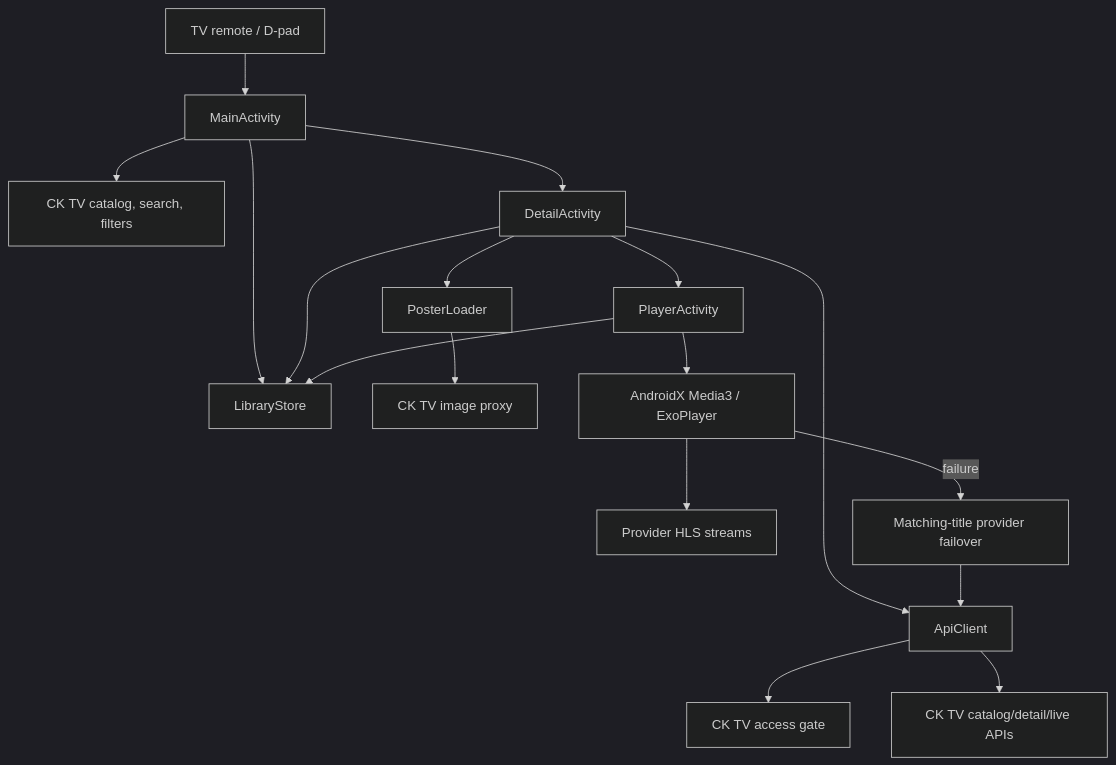
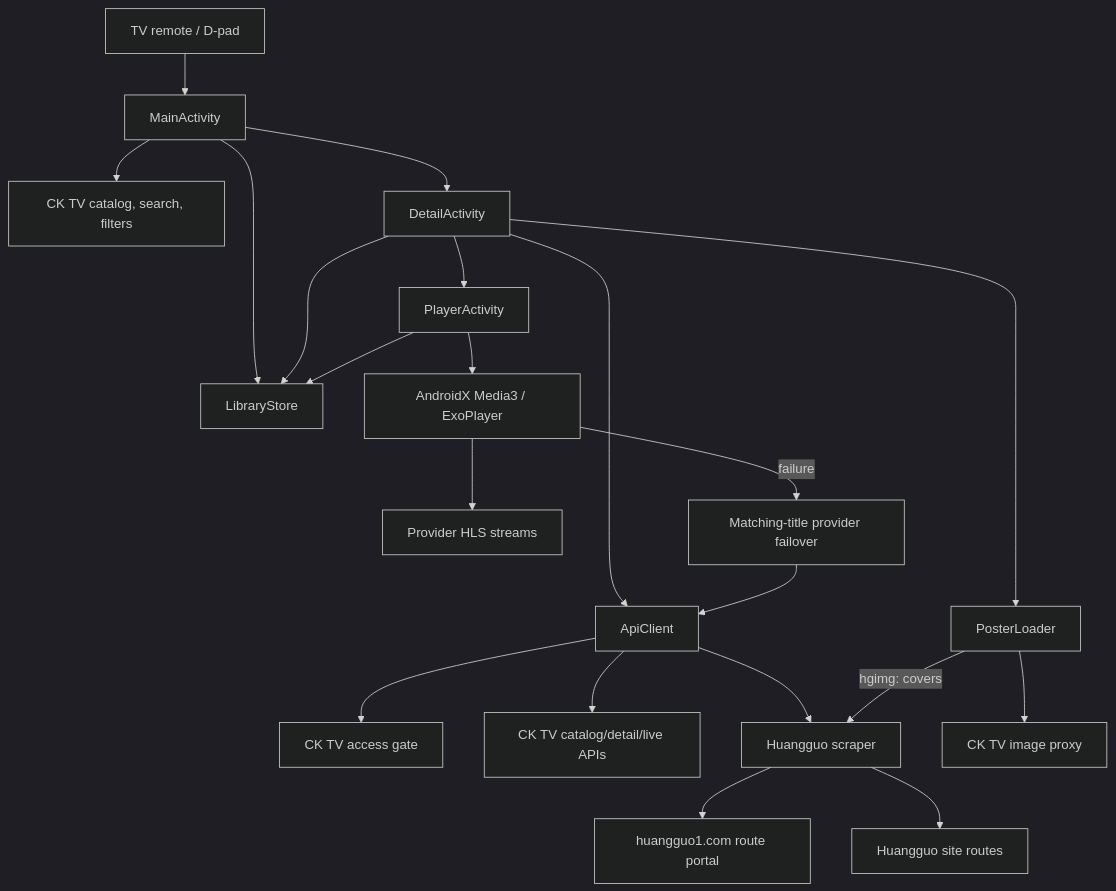
One commit to ethereald/cktv-app changed the first of 3 diagrams in README.md. Above: the diagram before and after it, drawn with Mermaid (dark theme). The commit also changed other lines of this file and 11 other files, not shown here.

Commit message:
Rewrite AI黃果 with direct scraping and portal route discovery (v2.4.0)

````diff
--- a/README.md
+++ b/README.md
@@ -39,19 +40,23 @@
 ```mermaid
 flowchart TD
     Remote[TV remote / D-pad] --> Main[MainActivity]
     Main --> Catalog[CK TV catalog, search, filters]
     Main --> Local[LibraryStore]
     Main --> Detail[DetailActivity]
     Detail --> Api[ApiClient]
     Detail --> Local
     Api --> Gate[CK TV access gate]
     Api --> CKAPI[CK TV catalog/detail/live APIs]
+    Api --> HGS[Huangguo scraper]
+    HGS --> Portal[huangguo1.com route portal]
+    HGS --> HGSite[Huangguo site routes]
     Detail --> Poster[PosterLoader]
     Poster --> ImageProxy[CK TV image proxy]
+    Poster -->|hgimg: covers| HGS
     Detail --> Player[PlayerActivity]
     Player --> Media3[AndroidX Media3 / ExoPlayer]
     Media3 --> HLS[Provider HLS streams]
     Media3 -->|failure| Failover[Matching-title provider failover]
     Failover --> Api
     Player --> Local
 ```
````
